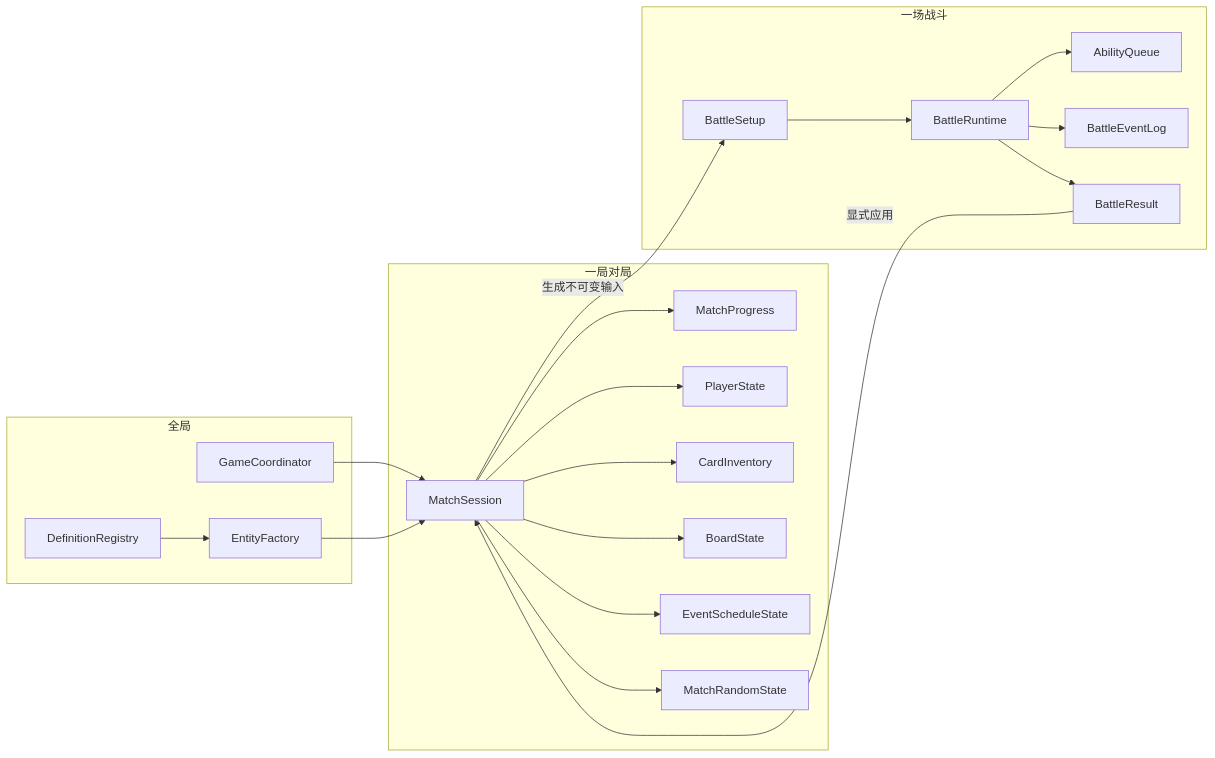
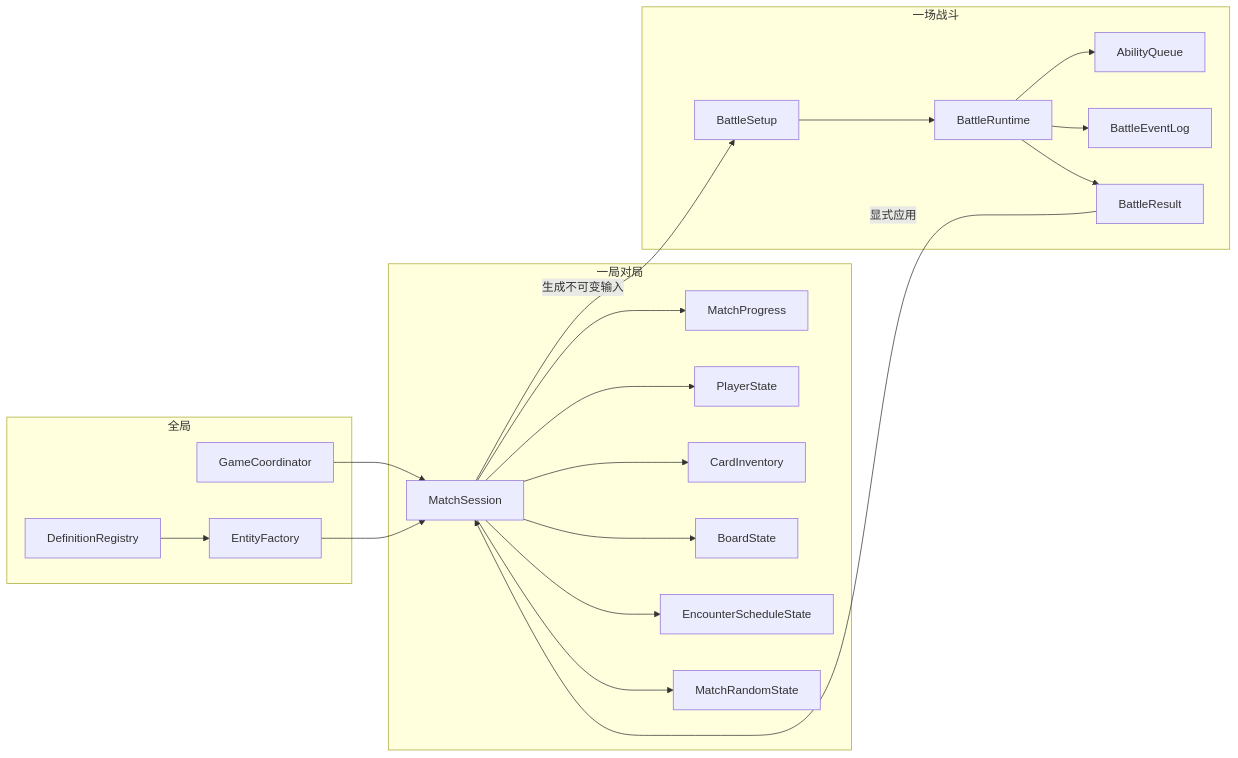
One commit to WayneTang99/Project_Star changed the second of 5 diagrams in docs/ARCHITECTURE.md. Above: the diagram before and after it, drawn with Mermaid. The commit also changed other lines of this file and 6 other files, not shown here.

Commit message:
docs(architecture): 统一新架构文档约定

````diff
--- a/docs/ARCHITECTURE.md
+++ b/docs/ARCHITECTURE.md
@@ -63,38 +63,38 @@
 ```mermaid
 flowchart LR
     subgraph Global["全局"]
         GC["GameCoordinator"]
         DR["DefinitionRegistry"]
         EF["EntityFactory"]
     end
     subgraph Match["一局对局"]
         MS["MatchSession"]
         MP["MatchProgress"]
         PS["PlayerState"]
         CI["CardInventory"]
         BS["BoardState"]
-        ES["EventScheduleState"]
+        ES["EncounterScheduleState"]
         MR["MatchRandomState"]
     end
     subgraph Battle["一场战斗"]
         Setup["BattleSetup"]
         Runtime["BattleRuntime"]
         Queue["AbilityQueue"]
         Log["BattleEventLog"]
         Result["BattleResult"]
     end
     GC --> MS
     DR --> EF --> MS
     MS --> MP
     MS --> PS
     MS --> CI
     MS --> BS
     MS --> ES
     MS --> MR
     MS -->|"生成不可变输入"| Setup
     Setup --> Runtime
     Runtime --> Queue
     Runtime --> Log
     Runtime --> Result
     Result -->|"显式应用"| MS
 ```
````
